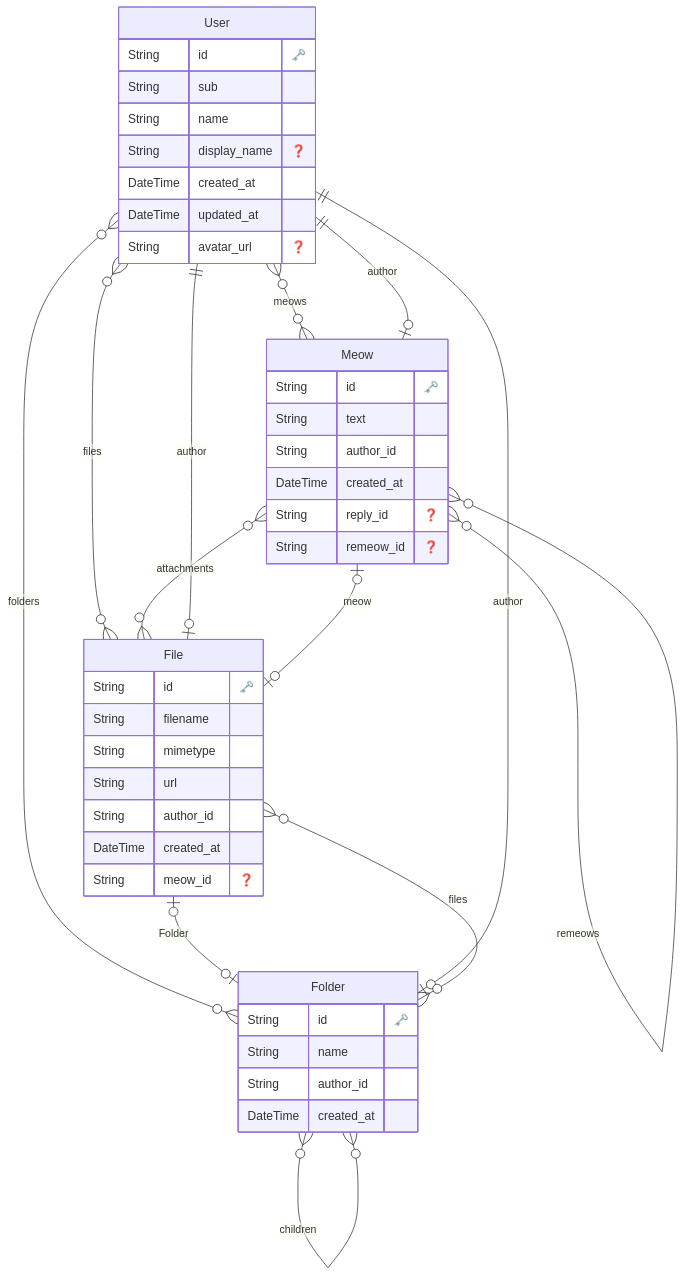
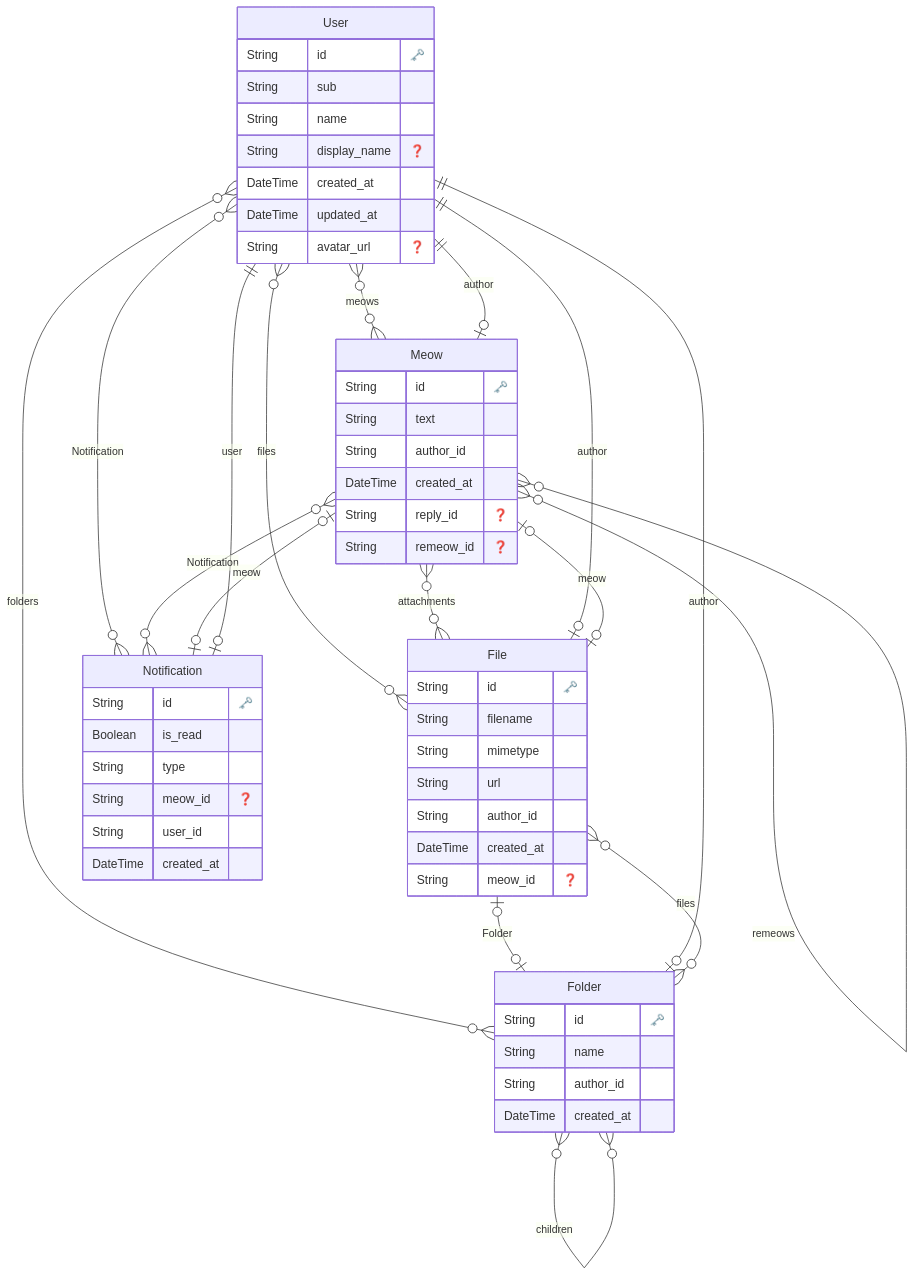
One commit to yupix/Catmos changed the diagram in prisma/scheme.md. Above: the diagram before and after it, drawn with Mermaid. The commit also changed 1 other file, not shown here.

Commit message:
feat: UserモデルにNotificationリレーションを追加し、Notificationモデルを定義

````diff
--- a/prisma/scheme.md
+++ b/prisma/scheme.md
@@ -1,59 +1,73 @@
 ```mermaid
 erDiagram
 
   "User" {
     String id "🗝️"
-    String sub
-    String name
+    String sub 
+    String name 
     String display_name "❓"
-    DateTime created_at
-    DateTime updated_at
+    DateTime created_at 
+    DateTime updated_at 
     String avatar_url "❓"
     }
-
+  
 
   "Folder" {
     String id "🗝️"
-    String name
-    String author_id
-    DateTime created_at
+    String name 
+    String author_id 
+    DateTime created_at 
     }
-
+  
 
   "File" {
     String id "🗝️"
-    String filename
-    String mimetype
-    String url
-    String author_id
-    DateTime created_at
+    String filename 
+    String mimetype 
+    String url 
+    String author_id 
+    DateTime created_at 
     String meow_id "❓"
     }
-
+  
 
   "Meow" {
     String id "🗝️"
-    String text
-    String author_id
-    DateTime created_at
+    String text 
+    String author_id 
+    DateTime created_at 
     String reply_id "❓"
     String remeow_id "❓"
     }
+  
 
+  "Notification" {
+    String id "🗝️"
+    Boolean is_read 
+    String type 
+    String meow_id "❓"
+    String user_id 
+    DateTime created_at 
+    }
+  
     "User" o{--}o "Meow" : "meows"
     "User" o{--}o "File" : "files"
     "User" o{--}o "Folder" : "folders"
+    "User" o{--}o "Notification" : "Notification"
     "Folder" o|--|| "User" : "author"
     "Folder" o{--}o "File" : "files"
     "Folder" o|--|o "Folder" : "parent"
     "Folder" o{--}o "Folder" : "children"
     "File" o|--|| "User" : "author"
     "File" o|--|o "Meow" : "meow"
     "File" o|--|o "Folder" : "Folder"
     "Meow" o|--|| "User" : "author"
     "Meow" o{--}o "File" : "attachments"
     "Meow" o|--|o "Meow" : "reply"
     "Meow" o|--|o "Meow" : "remeow"
     "Meow" o{--}o "Meow" : "replies"
     "Meow" o{--}o "Meow" : "remeows"
+    "Meow" o{--}o "Notification" : "Notification"
+    "Notification" o|--|o "Meow" : "meow"
+    "Notification" o|--|| "User" : "user"
 ```
````
